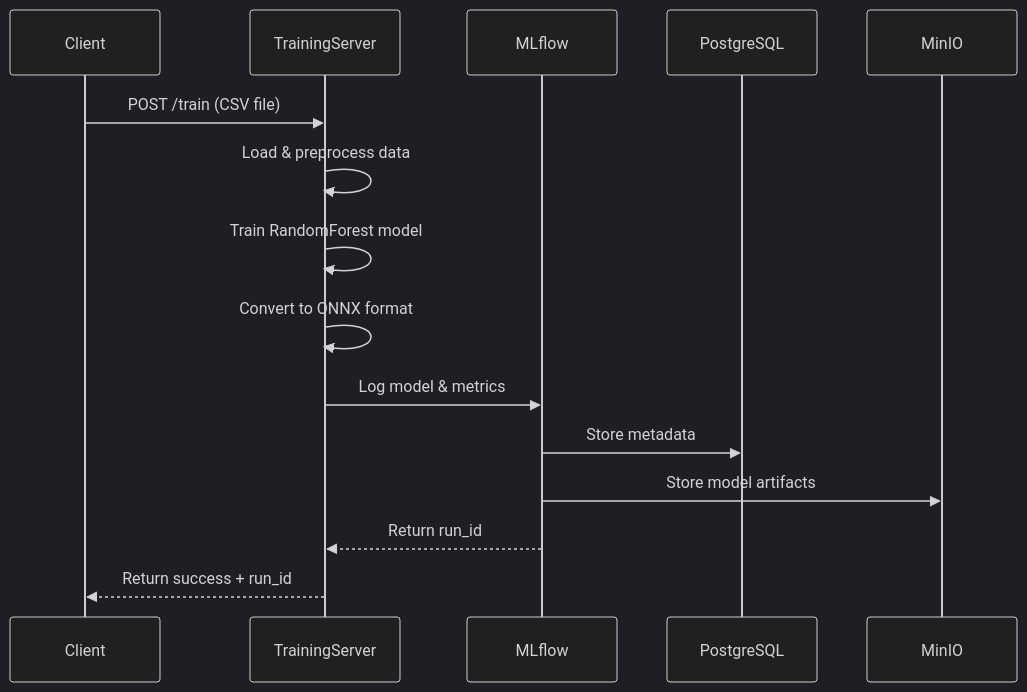
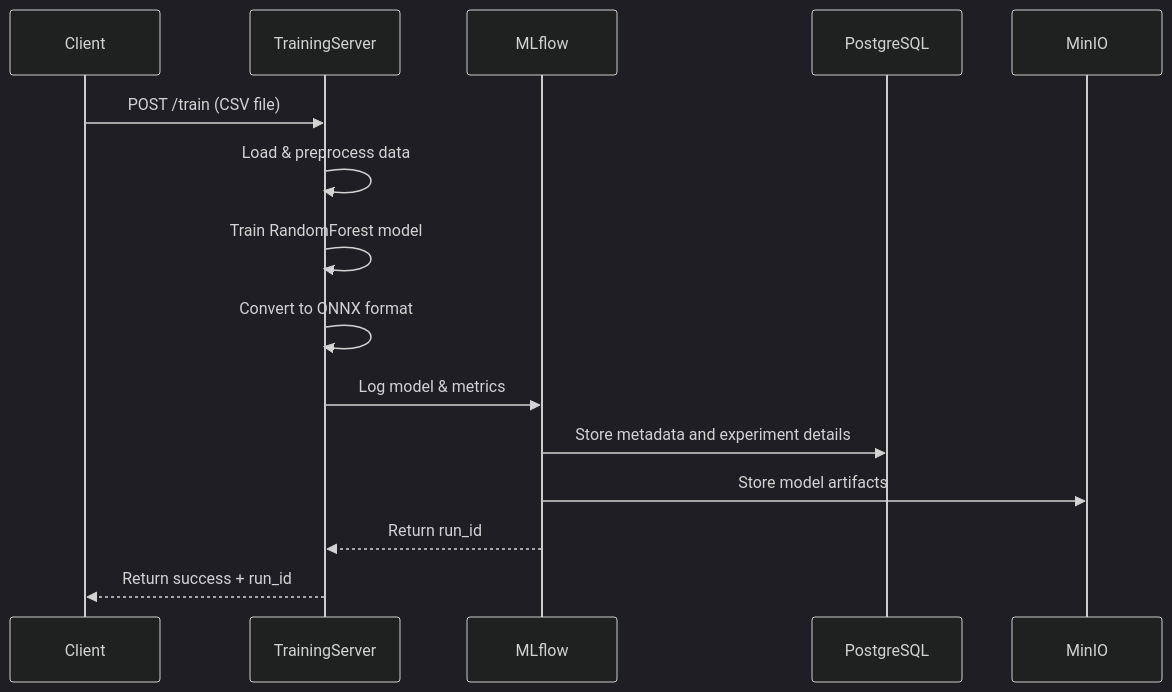
The second of 3 diagrams in README.md (devenshah2018/model-distribution-server), drawn with Mermaid (dark theme) before and after one commit. The commit also changed other lines of this file and 6 other files, not shown here.

````diff
--- a/README.md
+++ b/README.md
@@ -45,18 +45,18 @@
 ```mermaid
 sequenceDiagram
     participant Client
     participant TrainingServer
     participant MLflow
     participant PostgreSQL
     participant MinIO
     
     Client->>TrainingServer: POST /train (CSV file)
     TrainingServer->>TrainingServer: Load & preprocess data
     TrainingServer->>TrainingServer: Train RandomForest model
     TrainingServer->>TrainingServer: Convert to ONNX format
     TrainingServer->>MLflow: Log model & metrics
-    MLflow->>PostgreSQL: Store metadata
+    MLflow->>PostgreSQL: Store metadata and experiment details
     MLflow->>MinIO: Store model artifacts
     MLflow-->>TrainingServer: Return run_id
     TrainingServer-->>Client: Return success + run_id
 ```
````
